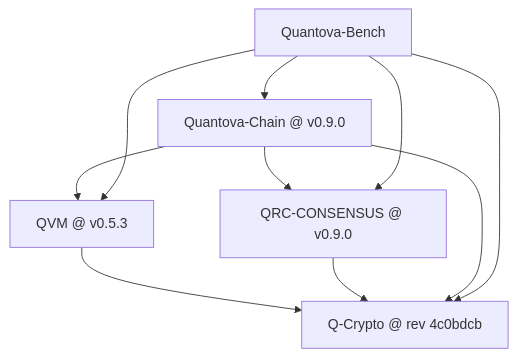
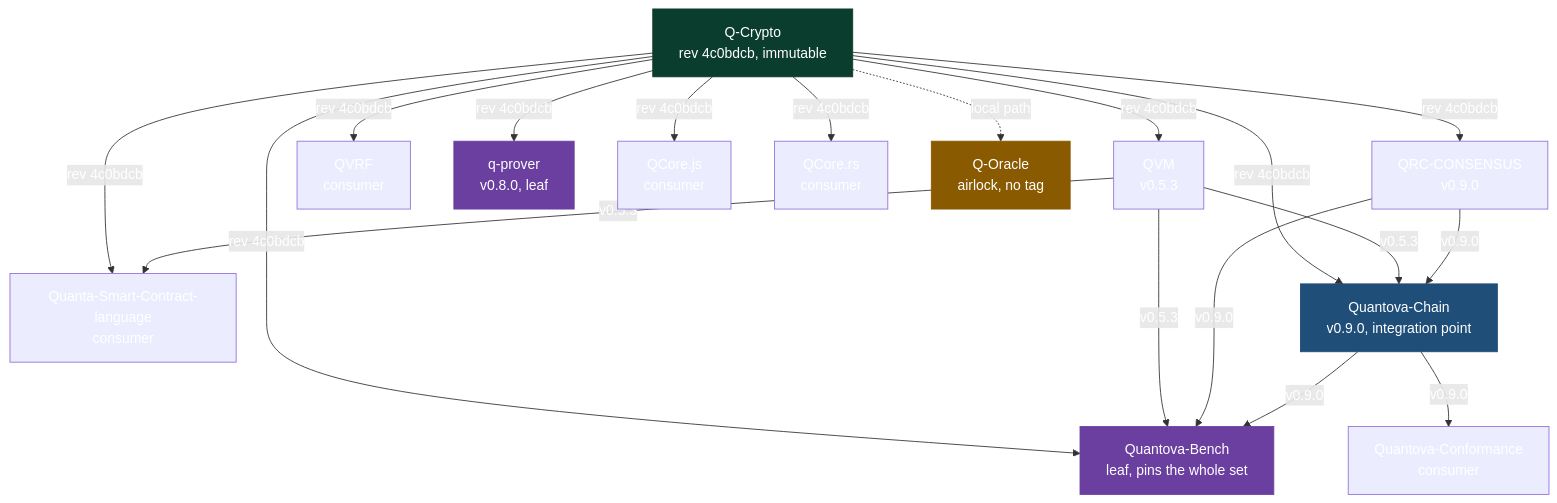
The diagram in docs/pin-flow.md (Quantova/Quantova-Ci), drawn with Mermaid before and after one commit. The commit also changed other lines of this file, not shown here.

Commit message:
rebuild the cross repo pin map with the full graph

````diff
--- a/docs/pin-flow.md
+++ b/docs/pin-flow.md
@@ -5,18 +7,45 @@
 ```mermaid
 graph TD
-    QCRYPTO["Q-Crypto @ rev 4c0bdcb"]
-    QVM["QVM @ v0.5.3"]
-    QRC["QRC-CONSENSUS @ v0.9.0"]
-    CHAIN["Quantova-Chain @ v0.9.0"]
-    BENCH["Quantova-Bench"]
+    QCRYPTO["Q-Crypto<br/>rev 4c0bdcb, immutable"]
+    QVM["QVM<br/>v0.5.3"]
+    QRC["QRC-CONSENSUS<br/>v0.9.0"]
+    QVRF["QVRF<br/>consumer"]
+    QPROVER["q-prover<br/>v0.8.0, leaf"]
+    QCOREJS["QCore.js<br/>consumer"]
+    QCORERS["QCore.rs<br/>consumer"]
+    QUANTA["Quanta-Smart-Contract-language<br/>consumer"]
+    CHAIN["Quantova-Chain<br/>v0.9.0, integration point"]
+    BENCH["Quantova-Bench<br/>leaf, pins the whole set"]
+    CONF["Quantova-Conformance<br/>consumer"]
+    ORACLE["Q-Oracle<br/>airlock, no tag"]
 
-    QVM --> QCRYPTO
-    QRC --> QCRYPTO
-    CHAIN --> QRC
-    CHAIN --> QVM
-    CHAIN --> QCRYPTO
-    BENCH --> CHAIN
-    BENCH --> QRC
-    BENCH --> QVM
-    BENCH --> QCRYPTO
+    QCRYPTO -->|rev 4c0bdcb| QVM
+    QCRYPTO -->|rev 4c0bdcb| QRC
+    QCRYPTO -->|rev 4c0bdcb| QVRF
+    QCRYPTO -->|rev 4c0bdcb| QPROVER
+    QCRYPTO -->|rev 4c0bdcb| QCOREJS
+    QCRYPTO -->|rev 4c0bdcb| QCORERS
+    QCRYPTO -->|rev 4c0bdcb| QUANTA
+    QCRYPTO -->|rev 4c0bdcb| CHAIN
+    QCRYPTO -->|rev 4c0bdcb| BENCH
+    QCRYPTO -.->|local path| ORACLE
+
+    QVM -->|v0.5.3| QUANTA
+    QVM -->|v0.5.3| CHAIN
+    QVM -->|v0.5.3| BENCH
+
+    QRC -->|v0.9.0| CHAIN
+    QRC -->|v0.9.0| BENCH
+
+    CHAIN -->|v0.9.0| BENCH
+    CHAIN -->|v0.9.0| CONF
+
+    classDef root fill:#0b3d2e,stroke:#0b3d2e,color:#ffffff
+    classDef integ fill:#1f4e79,stroke:#1f4e79,color:#ffffff
+    classDef leaf fill:#6b3fa0,stroke:#6b3fa0,color:#ffffff
+    classDef airlock fill:#8a5a00,stroke:#8a5a00,color:#ffffff
+    class QCRYPTO root
+    class CHAIN integ
+    class BENCH,QPROVER leaf
+    class ORACLE airlock
 ```
````
